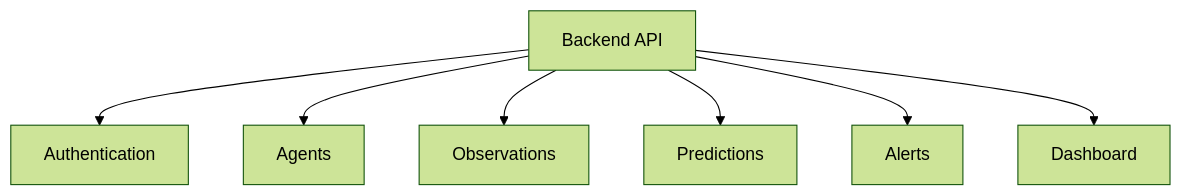
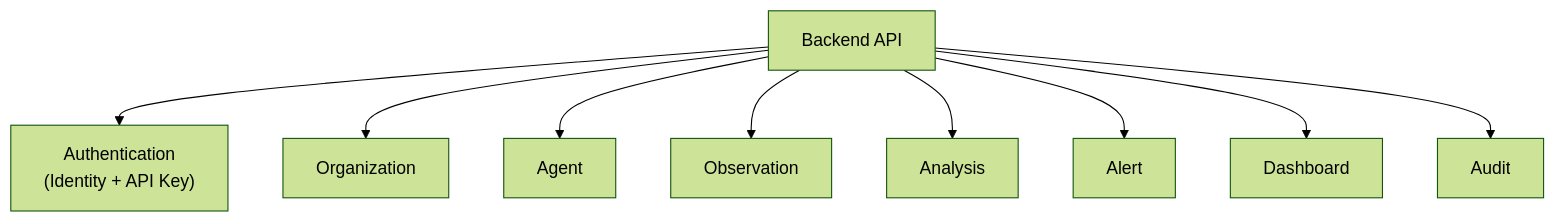
One commit to mohamedayman12oo54-cmd/sentinelx changed the diagram in docs/11-diagrams/01-system/D-03_BACKEND_COMPONENTS.mmd. Above: the diagram before and after it, drawn with Mermaid (forest theme). The commit also changed 13 other files, not shown here.

```diff
--- a/docs/11-diagrams/01-system/D-03_BACKEND_COMPONENTS.mmd
+++ b/docs/11-diagrams/01-system/D-03_BACKEND_COMPONENTS.mmd
@@ -1,27 +1,36 @@
 flowchart TD
 
     API["Backend API"]
 
-    Auth["Authentication"]
+    Auth["Authentication
+(Identity + API Key)"]
 
-    Agents["Agents"]
+    Org["Organization"]
 
-    Obs["Observations"]
+    Agents["Agent"]
 
-    Pred["Predictions"]
+    Obs["Observation"]
 
-    Alerts["Alerts"]
+    Analysis["Analysis"]
+
+    Alerts["Alert"]
 
     Dash["Dashboard"]
 
+    Audit["Audit"]
+
     API --> Auth
+
+    API --> Org
 
     API --> Agents
 
     API --> Obs
 
-    API --> Pred
+    API --> Analysis
 
     API --> Alerts
 
     API --> Dash
+
+    API --> Audit
```
